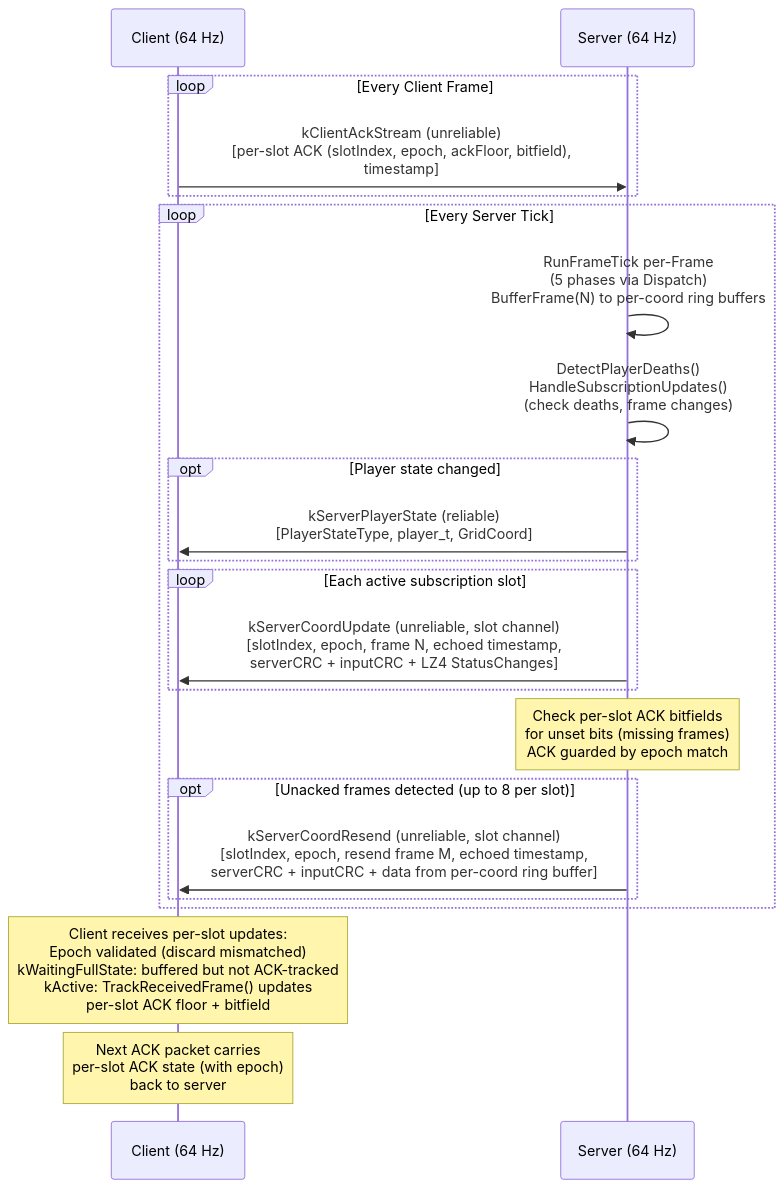
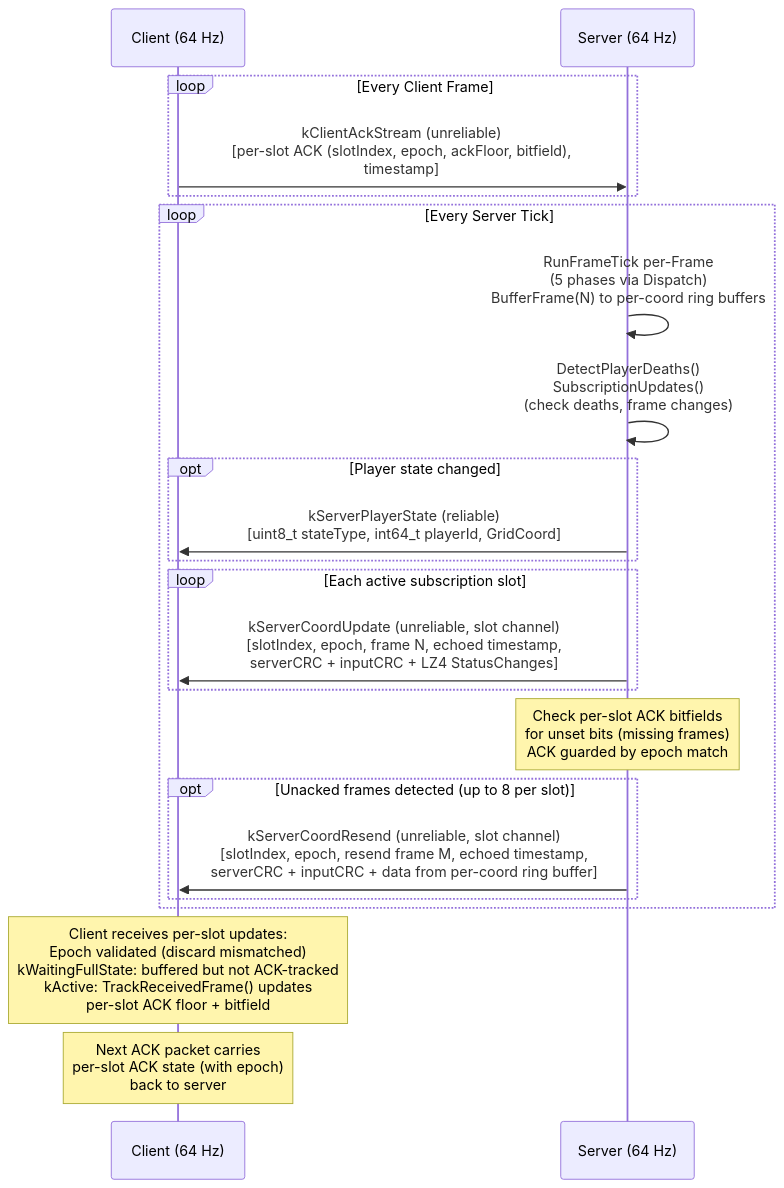
One commit to DougTanner/BrokenEnginePublic changed the third of 11 diagrams in Documents/Architecture/Network.md. Above: the diagram before and after it, drawn with Mermaid. The commit also changed other lines of this file and 118 other files, not shown here.

````diff
--- a/Documents/Architecture/Network.md
+++ b/Documents/Architecture/Network.md
@@ -114,32 +114,32 @@
 ```mermaid
 %%{init: {'theme': 'default'}}%%
 sequenceDiagram
     participant C as Client (64 Hz)
     participant S as Server (64 Hz)
 
     loop Every Client Frame
         C->>S: kClientAckStream (unreliable)<br/>[per-slot ACK (slotIndex, epoch, ackFloor, bitfield),<br/>timestamp]
     end
 
     loop Every Server Tick
         S->>S: RunFrameTick per-Frame<br/>(5 phases via Dispatch)<br/>BufferFrame(N) to per-coord ring buffers
 
-        S->>S: DetectPlayerDeaths()<br/>HandleSubscriptionUpdates()<br/>(check deaths, frame changes)
+        S->>S: DetectPlayerDeaths()<br/>SubscriptionUpdates()<br/>(check deaths, frame changes)
         opt Player state changed
-            S->>C: kServerPlayerState (reliable)<br/>[PlayerStateType, player_t, GridCoord]
+            S->>C: kServerPlayerState (reliable)<br/>[uint8_t stateType, int64_t playerId, GridCoord]
         end
 
         loop Each active subscription slot
             S->>C: kServerCoordUpdate (unreliable, slot channel)<br/>[slotIndex, epoch, frame N, echoed timestamp,<br/>serverCRC + inputCRC + LZ4 StatusChanges]
         end
 
         Note over S: Check per-slot ACK bitfields<br/>for unset bits (missing frames)<br/>ACK guarded by epoch match
 
         opt Unacked frames detected (up to 8 per slot)
             S->>C: kServerCoordResend (unreliable, slot channel)<br/>[slotIndex, epoch, resend frame M, echoed timestamp,<br/>serverCRC + inputCRC + data from per-coord ring buffer]
         end
     end
 
     Note over C: Client receives per-slot updates:<br/>Epoch validated (discard mismatched)<br/>kWaitingFullState: buffered but not ACK-tracked<br/>kActive: TrackReceivedFrame() updates<br/>per-slot ACK floor + bitfield
     Note over C: Next ACK packet carries<br/>per-slot ACK state (with epoch)<br/>back to server
 ```
````
